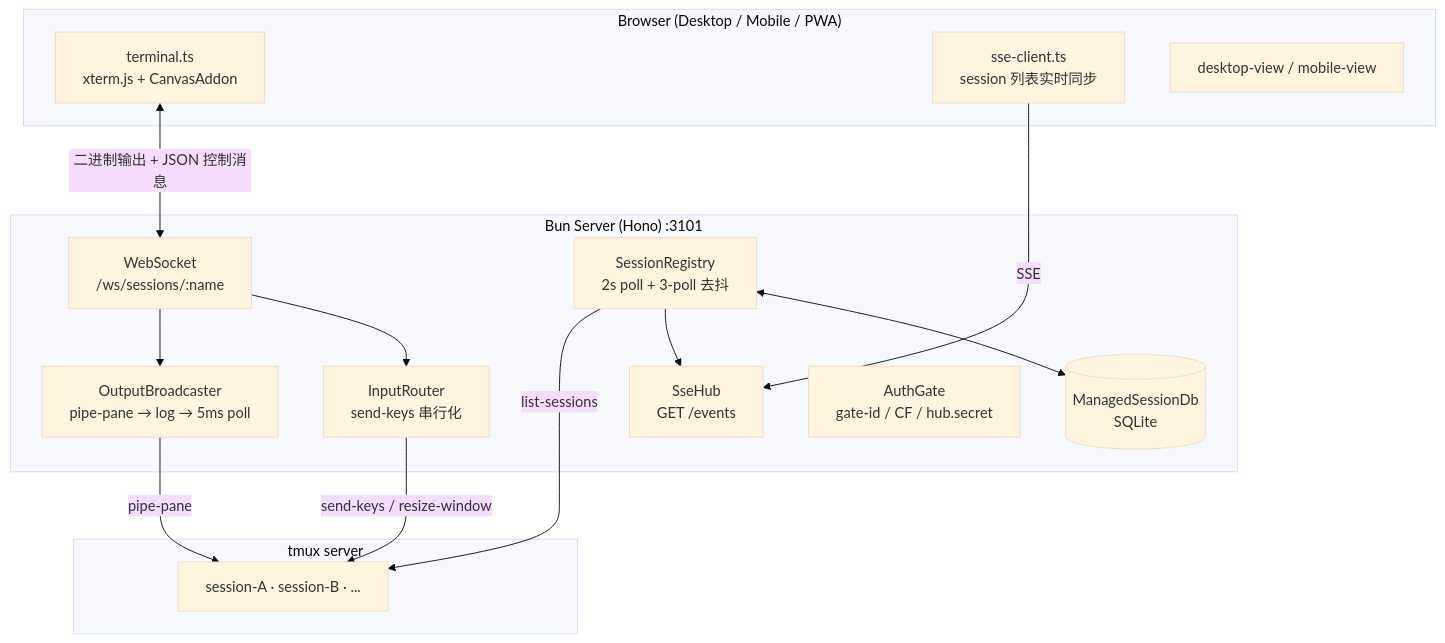
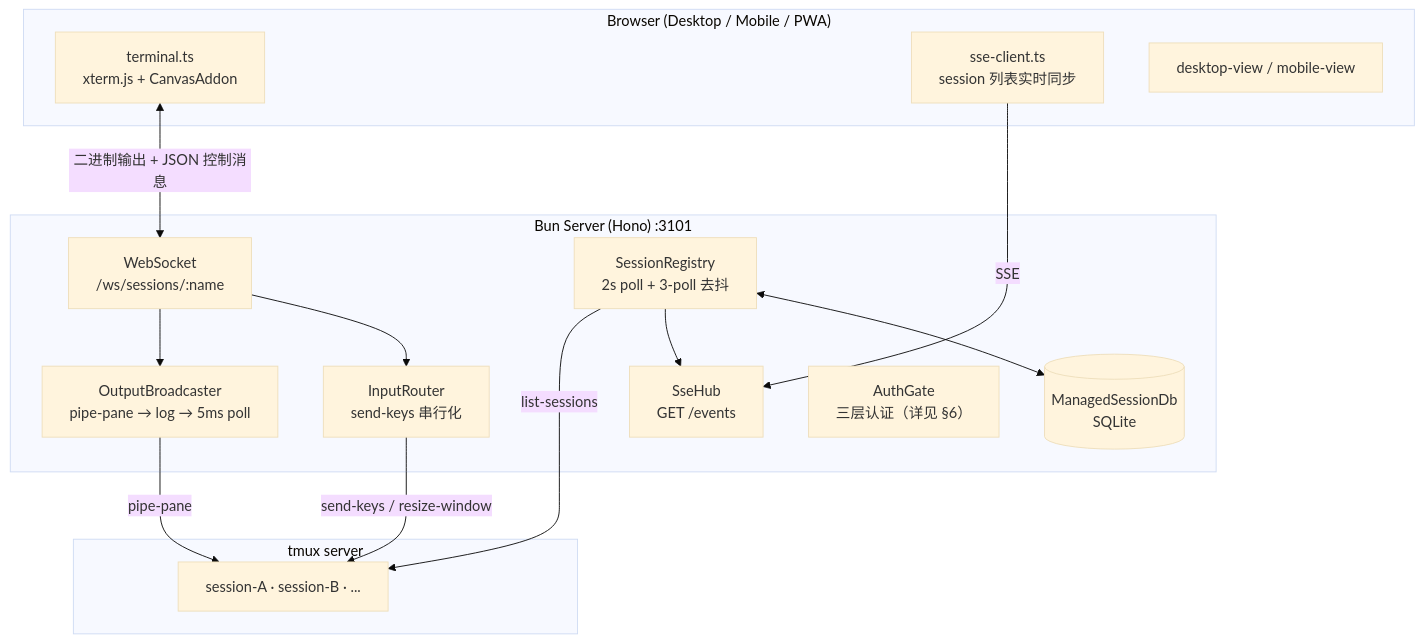
Before and after one commit to Dandi007/tmux-hub: the diagram in docs/architecture.md, drawn with Mermaid (base theme). The commit also changed other lines of this file and 1 other file, not shown here.

````diff
--- a/docs/architecture.md
+++ b/docs/architecture.md
@@ -12,32 +12,32 @@
 ```mermaid
 graph TD
   subgraph Browser["Browser (Desktop / Mobile / PWA)"]
     TERM["terminal.ts<br/>xterm.js + CanvasAddon"]
     SSEC["sse-client.ts<br/>session 列表实时同步"]
     VIEWS["desktop-view / mobile-view"]
   end
 
   subgraph Server["Bun Server (Hono) :3101"]
     WS["WebSocket<br/>/ws/sessions/:name"]
     SSE["SseHub<br/>GET /events"]
     BC["OutputBroadcaster<br/>pipe-pane → log → 5ms poll"]
     REG["SessionRegistry<br/>2s poll + 3-poll 去抖"]
     IR["InputRouter<br/>send-keys 串行化"]
     DB[("ManagedSessionDb<br/>SQLite")]
-    AUTH["AuthGate<br/>gate-id / CF / hub.secret"]
+    AUTH["AuthGate<br/>三层认证（详见 §6）"]
   end
 
   subgraph TMUX["tmux server"]
     S["session-A · session-B · ..."]
   end
 
   TERM <-- "二进制输出 + JSON 控制消息" --> WS
   SSEC -- "SSE" --> SSE
   WS --> BC
   WS --> IR
   BC -- "pipe-pane" --> S
   IR -- "send-keys / resize-window" --> S
   REG -- "list-sessions" --> S
   REG --> SSE
   REG <--> DB
 ```
````
